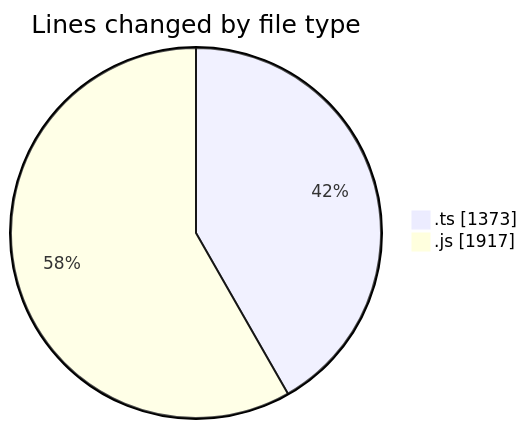
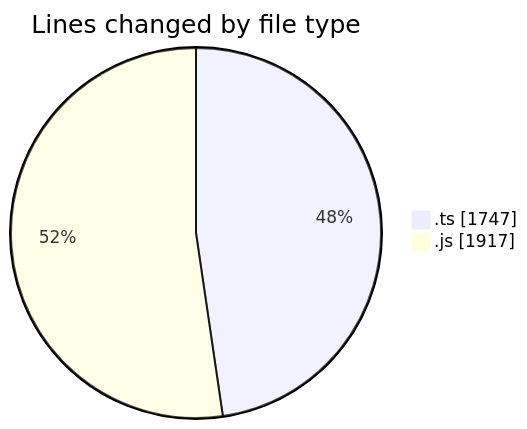
The first of 2 diagrams in 2025-07-29/cda/README.md (momahboobian/code-tracking), drawn with Mermaid before and after one commit. The commit also changed other lines of this file and 1 other file, not shown here.

````diff
--- a/2025-07-29/cda/README.md
+++ b/2025-07-29/cda/README.md
@@ -23,6 +24,6 @@
 ```mermaid
 pie showData
 title Lines changed by file type
-".ts" : 1373
+".ts" : 1747
 ".js" : 1917
 ```
````
